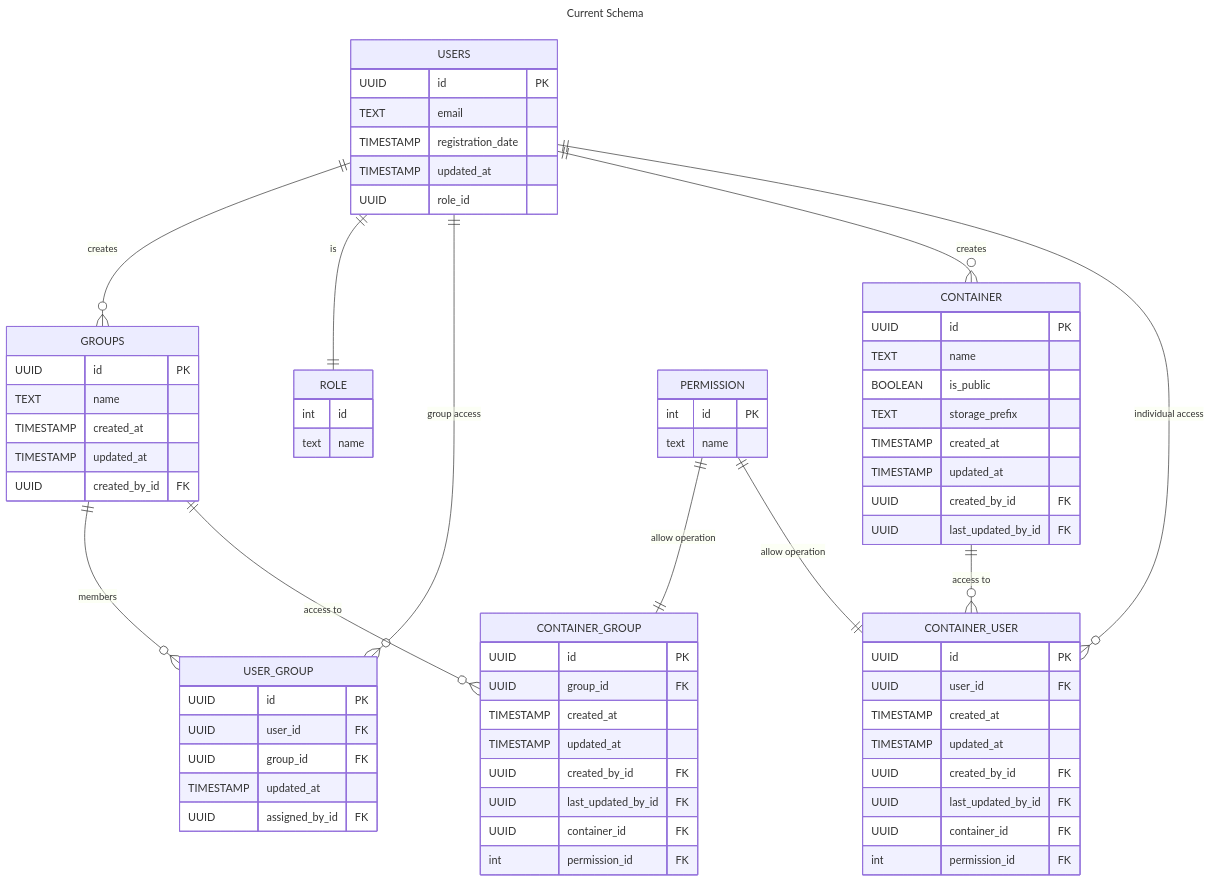
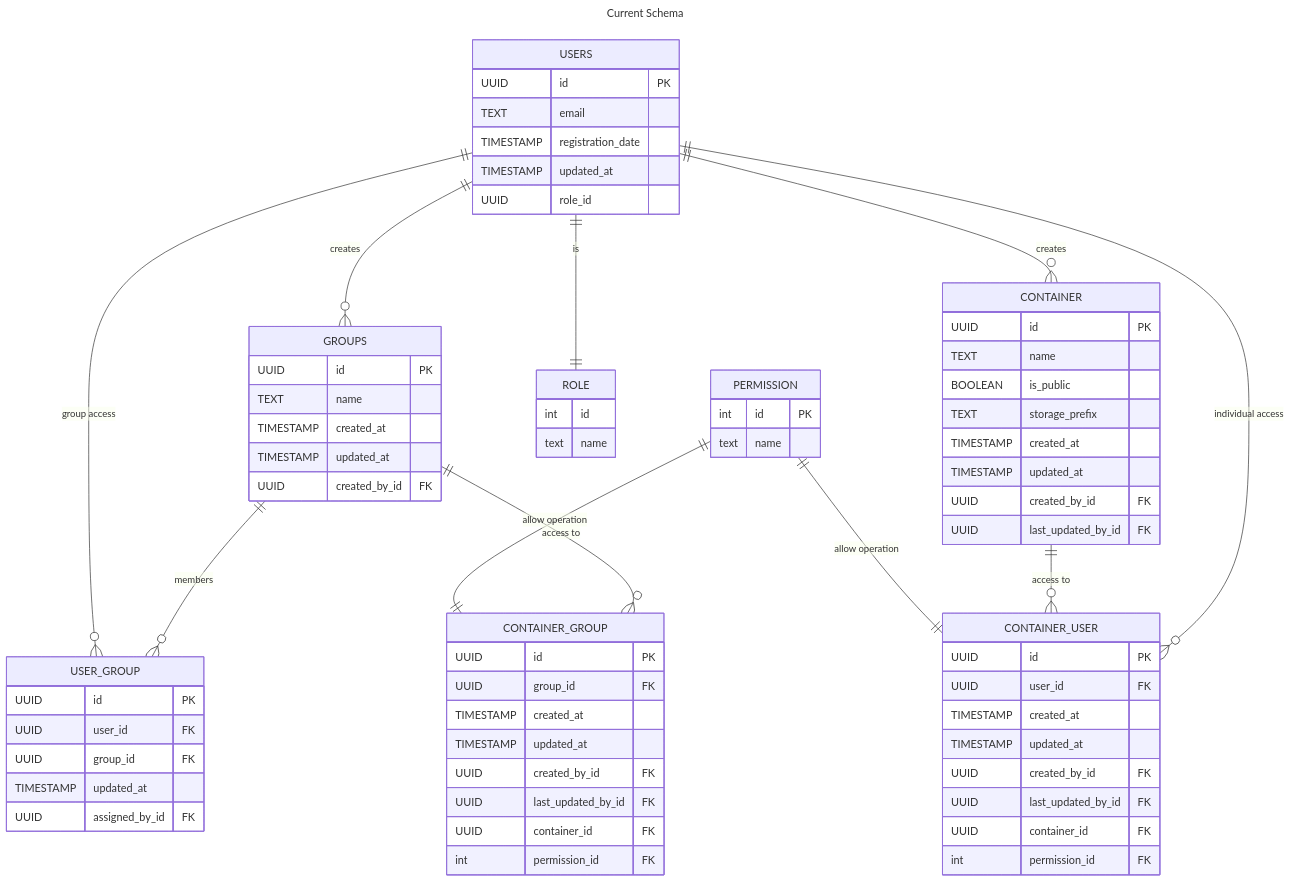
Before and after one commit to ai-cfia/ailab-datastore: the third of 3 diagrams in datastore/doc/datastore.md, drawn with Mermaid. The commit also changed other lines of this file and 8 other files, not shown here.

````diff
--- a/datastore/doc/datastore.md
+++ b/datastore/doc/datastore.md
@@ -234,14 +234,14 @@
         text name
     }    
 
+    USERS ||--|| ROLE: is
     USERS ||--o{ GROUPS : "creates"
-    USERS ||--|| ROLE: is
+    GROUPS ||--o{ CONTAINER_GROUP : "access to"
+    GROUPS ||--o{ USER_GROUP : "members"
     USERS ||--o{ USER_GROUP : "group access"
-    GROUPS ||--o{ USER_GROUP : "members"
     USERS ||--o{ CONTAINER : "creates"
     USERS ||--o{ CONTAINER_USER : "individual access"
     CONTAINER ||--o{ CONTAINER_USER : "access to"
-    GROUPS ||--o{ CONTAINER_GROUP : "access to"
+    PERMISSION ||--|| CONTAINER_USER: "allow operation"
     PERMISSION ||--|| CONTAINER_GROUP: "allow operation"
-    PERMISSION ||--|| CONTAINER_USER: "allow operation"
 ```
````
